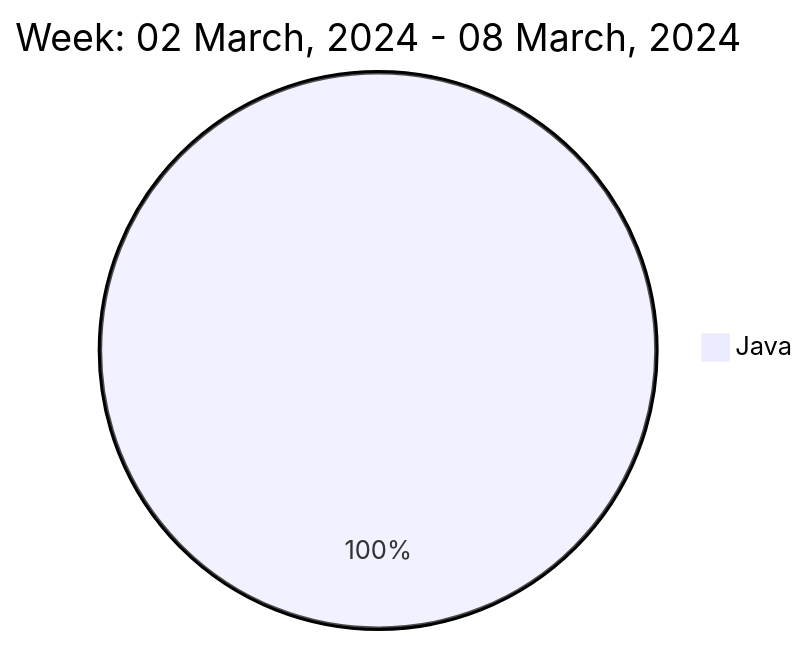
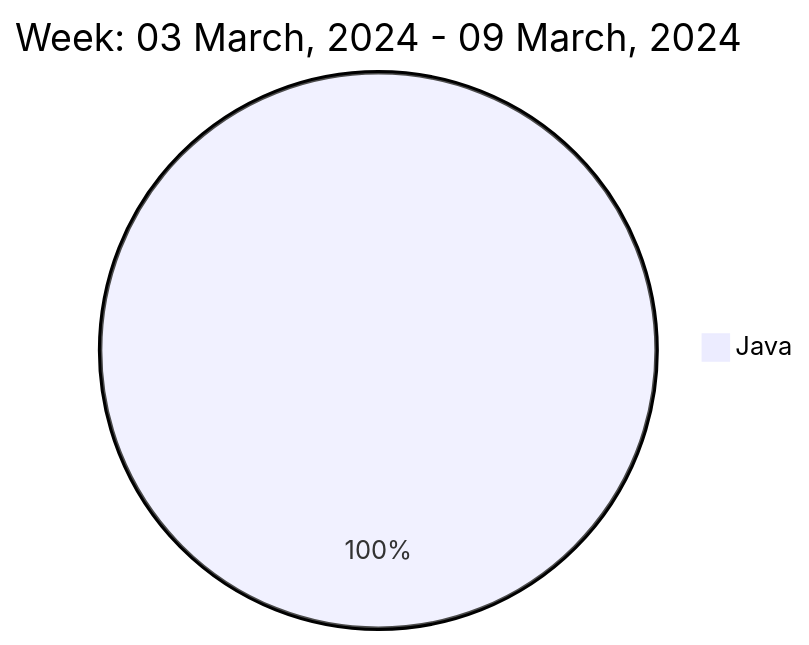
The diagram in README.md (liubin95/liubin95), drawn with Mermaid before and after one commit.

Commit message:
Updated the Graph with new Metrics

````diff
--- a/README.md
+++ b/README.md
@@ -37,5 +37,5 @@
 ```mermaid
  pie
-title Week: 02 March, 2024 - 08 March, 2024
+title Week: 03 March, 2024 - 09 March, 2024
  "Java" : 6.82
 ```
````
